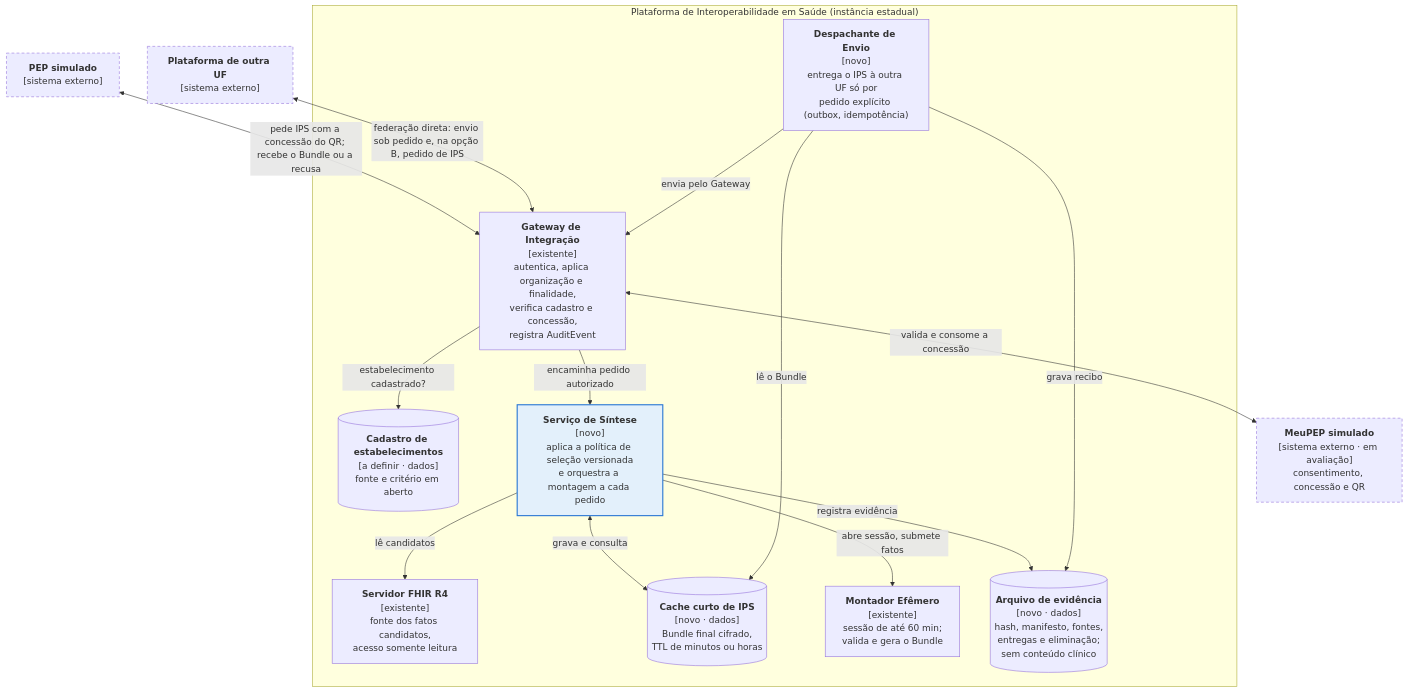
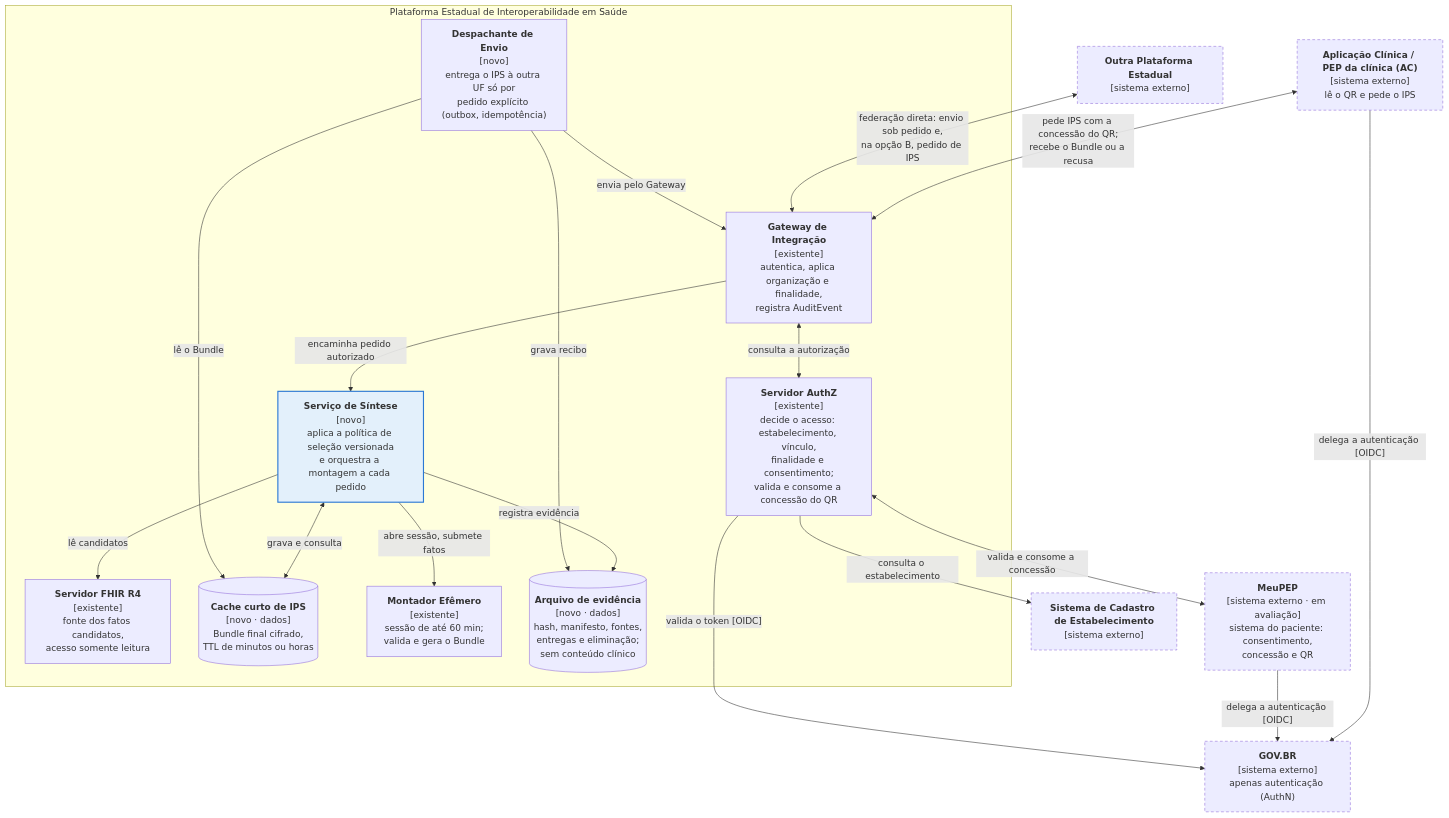
One commit to kyriosdata/design-2026-02 changed the second of 4 diagrams in docs/diagramas-c4-ips.md. Above: the diagram before and after it, drawn with Mermaid. The commit also changed other lines of this file, not shown here.

First line of the commit message:
docs(ips): alinha os diagramas de contexto e de contêineres ao contexto geral

````diff
--- a/docs/diagramas-c4-ips.md
+++ b/docs/diagramas-c4-ips.md
@@ -47,35 +58,41 @@
 ```mermaid
 flowchart TB
-    pep["<b>PEP simulado</b><br/>[sistema externo]"]
-    meupep["<b>MeuPEP simulado</b><br/>[sistema externo · em avaliação]<br/>consentimento, concessão e QR"]
-    uf["<b>Plataforma de outra UF</b><br/>[sistema externo]"]
+    meupep["<b>MeuPEP</b><br/>[sistema externo · em avaliação]<br/>sistema do paciente: consentimento,<br/>concessão e QR"]
+    ac["<b>Aplicação Clínica / PEP da clínica (AC)</b><br/>[sistema externo]<br/>lê o QR e pede o IPS"]
+    govbr["<b>GOV.BR</b><br/>[sistema externo]<br/>apenas autenticação (AuthN)"]
+    cad["<b>Sistema de Cadastro de Estabelecimento</b><br/>[sistema externo]"]
+    uf["<b>Outra Plataforma Estadual</b><br/>[sistema externo]"]
 
-    subgraph plat["Plataforma de Interoperabilidade em Saúde (instância estadual)"]
-        gw["<b>Gateway de Integração</b><br/>[existente]<br/>autentica, aplica organização e finalidade,<br/>verifica cadastro e concessão,<br/>registra AuditEvent"]
-        cad[("<b>Cadastro de estabelecimentos</b><br/>[a definir · dados]<br/>fonte e critério em aberto")]
+    subgraph plat["Plataforma Estadual de Interoperabilidade em Saúde"]
+        gw["<b>Gateway de Integração</b><br/>[existente]<br/>autentica, aplica organização e finalidade,<br/>registra AuditEvent"]
+        authz["<b>Servidor AuthZ</b><br/>[existente]<br/>decide o acesso: estabelecimento, vínculo,<br/>finalidade e consentimento;<br/>valida e consome a concessão do QR"]
         fhir["<b>Servidor FHIR R4</b><br/>[existente]<br/>fonte dos fatos candidatos,<br/>acesso somente leitura"]
         sint["<b>Serviço de Síntese</b><br/>[novo]<br/>aplica a política de seleção versionada<br/>e orquestra a montagem a cada pedido"]
         cache[("<b>Cache curto de IPS</b><br/>[novo · dados]<br/>Bundle final cifrado,<br/>TTL de minutos ou horas")]
         mont["<b>Montador Efêmero</b><br/>[existente]<br/>sessão de até 60 min;<br/>valida e gera o Bundle"]
         arq[("<b>Arquivo de evidência</b><br/>[novo · dados]<br/>hash, manifesto, fontes,<br/>entregas e eliminação;<br/>sem conteúdo clínico")]
         desp["<b>Despachante de Envio</b><br/>[novo]<br/>entrega o IPS à outra UF só por<br/>pedido explícito (outbox, idempotência)"]
     end
 
-    pep <-->|"pede IPS com a concessão do QR; recebe o Bundle ou a recusa"| gw
-    gw -->|"estabelecimento cadastrado?"| cad
-    gw <-->|"valida e consome a concessão"| meupep
-    uf <-->|"federação direta: envio sob pedido e, na opção B, pedido de IPS"| gw
+    ac <-->|"pede IPS com a concessão do QR;<br/>recebe o Bundle ou a recusa"| gw
+    ac -->|"delega a autenticação [OIDC]"| govbr
+    meupep -->|"delega a autenticação [OIDC]"| govbr
+    gw <-->|"consulta a autorização"| authz
+    authz <-->|"valida e consome a concessão"| meupep
+    authz -->|"valida o token [OIDC]"| govbr
+    authz -->|"consulta o estabelecimento"| cad
+    uf <-->|"federação direta: envio sob pedido e,<br/>na opção B, pedido de IPS"| gw
     gw -->|"encaminha pedido autorizado"| sint
     sint -->|"lê candidatos"| fhir
     sint <-->|"grava e consulta"| cache
     sint -->|"abre sessão, submete fatos"| mont
     sint -->|"registra evidência"| arq
     desp -->|"lê o Bundle"| cache
     desp -->|"grava recibo"| arq
     desp -->|"envia pelo Gateway"| gw
 
     classDef novo fill:#e3f0fb,stroke:#2b78d4,stroke-width:2px
     classDef ext stroke-dasharray:5 4
     class sint novo
-    class pep,uf,meupep ext
+    class meupep,ac,govbr,cad,uf ext
 ```
````
